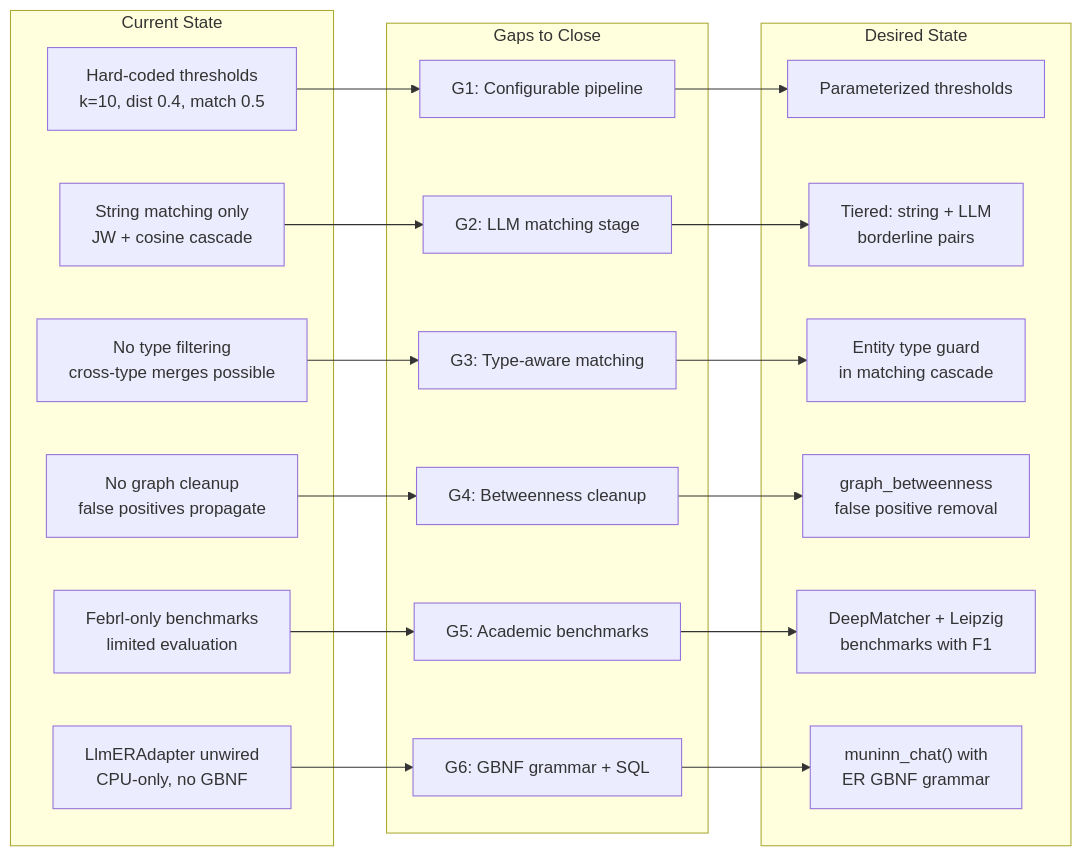
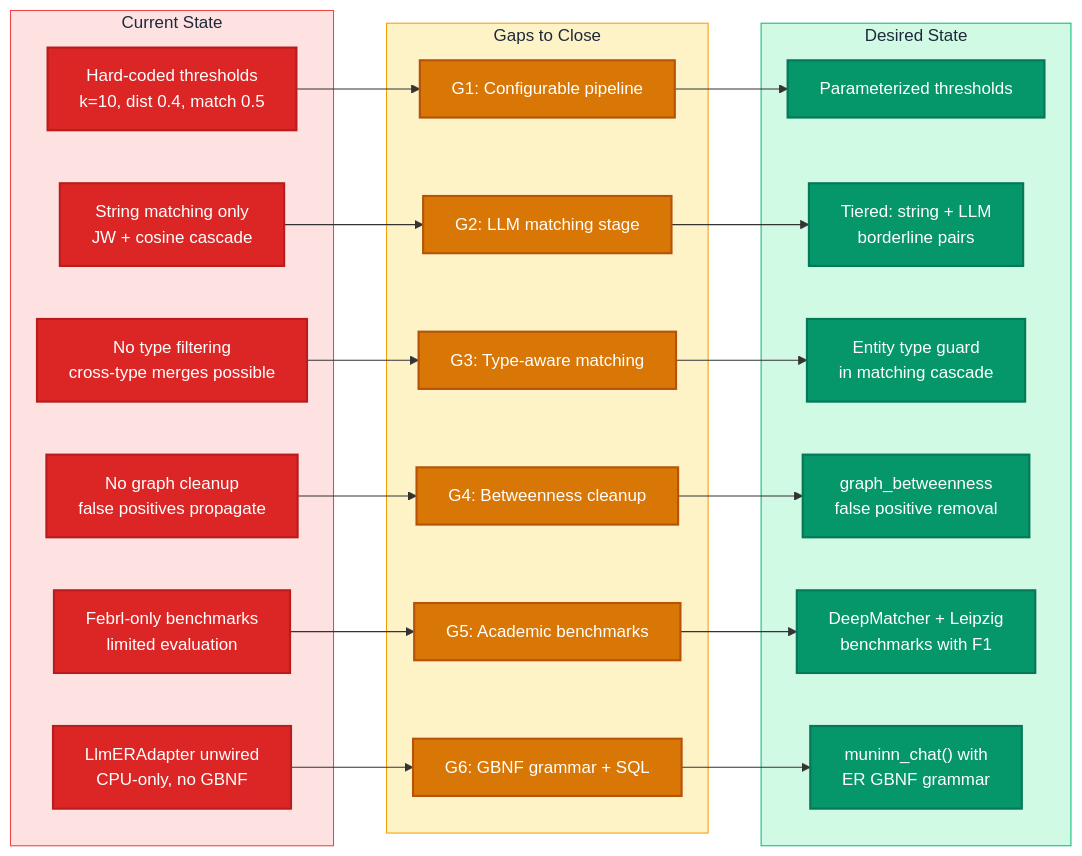
The third of 4 diagrams in docs/plans/er/00_gap_analysis.md (neozenith/sqlite-muninn), drawn with Mermaid before and after one commit. The commit also changed other lines of this file and 10 other files, not shown here.

````diff
--- a/docs/plans/er/00_gap_analysis.md
+++ b/docs/plans/er/00_gap_analysis.md
@@ -215,36 +247,44 @@
 ```mermaid
 flowchart LR
     subgraph Current["Current State"]
-        C1["Hard-coded thresholds<br/>k=10, dist 0.4, match 0.5"]
-        C2["String matching only<br/>JW + cosine cascade"]
-        C3["No type filtering<br/>cross-type merges possible"]
-        C4["No graph cleanup<br/>false positives propagate"]
-        C5["Febrl-only benchmarks<br/>limited evaluation"]
-        C6["LlmERAdapter unwired<br/>CPU-only, no GBNF"]
+        C1["Hard-coded thresholds<br/>k=10, dist 0.4, match 0.5"]:::currentNode
+        C2["String matching only<br/>JW + cosine cascade"]:::currentNode
+        C3["No type filtering<br/>cross-type merges possible"]:::currentNode
+        C4["No graph cleanup<br/>false positives propagate"]:::currentNode
+        C5["Febrl-only benchmarks<br/>limited evaluation"]:::currentNode
+        C6["LlmERAdapter unwired<br/>CPU-only, no GBNF"]:::currentNode
     end
 
     subgraph Gaps["Gaps to Close"]
-        G1["G1: Configurable pipeline"]
-        G2["G2: LLM matching stage"]
-        G3["G3: Type-aware matching"]
-        G4["G4: Betweenness cleanup"]
-        G5["G5: Academic benchmarks"]
-        G6["G6: GBNF grammar + SQL"]
+        G1["G1: Configurable pipeline"]:::gapNode
+        G2["G2: LLM matching stage"]:::gapNode
+        G3["G3: Type-aware matching"]:::gapNode
+        G4["G4: Betweenness cleanup"]:::gapNode
+        G5["G5: Academic benchmarks"]:::gapNode
+        G6["G6: GBNF grammar + SQL"]:::gapNode
     end
 
     subgraph Desired["Desired State"]
-        D1["Parameterized thresholds"]
-        D2["Tiered: string + LLM<br/>borderline pairs"]
-        D3["Entity type guard<br/>in matching cascade"]
-        D4["graph_betweenness<br/>false positive removal"]
-        D5["DeepMatcher + Leipzig<br/>benchmarks with F1"]
-        D6["muninn_chat() with<br/>ER GBNF grammar"]
+        D1["Parameterized thresholds"]:::desiredNode
+        D2["Tiered: string + LLM<br/>borderline pairs"]:::desiredNode
+        D3["Entity type guard<br/>in matching cascade"]:::desiredNode
+        D4["graph_betweenness<br/>false positive removal"]:::desiredNode
+        D5["DeepMatcher + Leipzig<br/>benchmarks with F1"]:::desiredNode
+        D6["muninn_chat() with<br/>ER GBNF grammar"]:::desiredNode
     end
 
     C1 --> G1 --> D1
     C2 --> G2 --> D2
     C3 --> G3 --> D3
     C4 --> G4 --> D4
     C5 --> G5 --> D5
     C6 --> G6 --> D6
+
+    classDef currentNode  fill:#dc2626,stroke:#b91c1c,color:#fff,stroke-width:2px
+    classDef gapNode      fill:#d97706,stroke:#b45309,color:#fff,stroke-width:2px
+    classDef desiredNode  fill:#059669,stroke:#047857,color:#fff,stroke-width:2px
+
+    style Current fill:#fee2e2,stroke:#ef4444,color:#1e293b
+    style Gaps fill:#fef3c7,stroke:#f59e0b,color:#1e293b
+    style Desired fill:#d1fae5,stroke:#10b981,color:#1e293b
 ```
````
